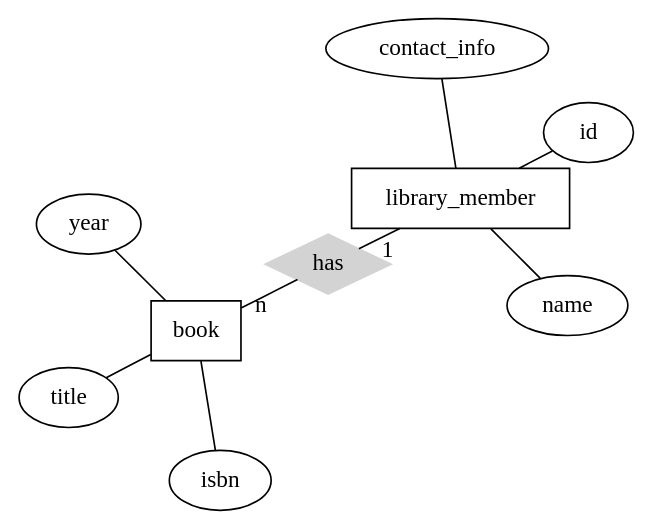
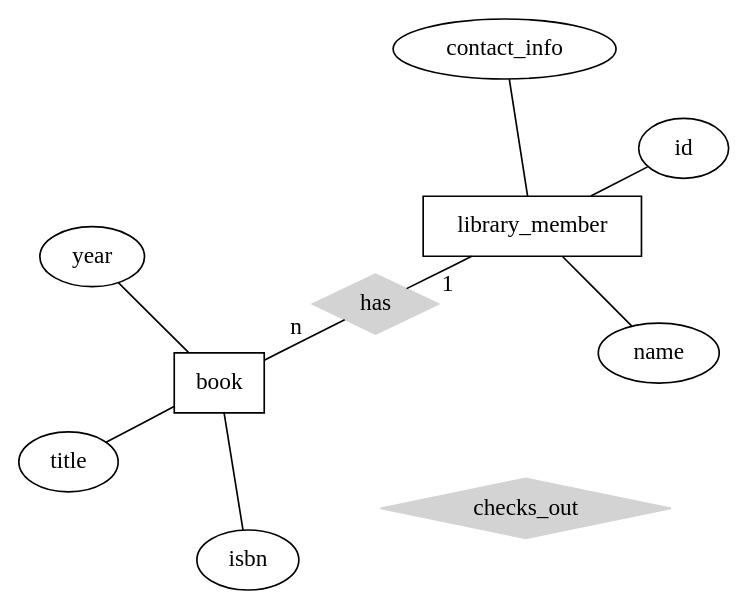
One commit to cmsc-vcu/cmsc508-fa2023-hw2-camslam13 changed the first of 2 diagrams in hw2/README.qmd. Above: the diagram before and after it, drawn with Graphviz. The commit also changed 1 other file, not shown here.

Commit message:
my first commit to this repo

````diff
--- a/hw2/README.qmd
+++ b/hw2/README.qmd
@@ -21,20 +21,20 @@
 ```{dot}
 //| echo: false
 graph ER {
     layout=neato;
-  scale=1.1;
+  scale=1.3;
     node [shape=box]; book; library_member;
     node [shape=ellipse]; name, contact_info, id, year, title, isbn
-    node [shape=diamond,style=filled,color=lightgrey]; has
+    node [shape=diamond,style=filled,color=lightgrey]; checks_out
     
     library_member -- has [label="1",len=1.00]
     has -- book [label="n",len=1.00]
     
     library_member -- id
     library_member -- name
     library_member -- contact_info
     book -- year
     book -- title
     book -- isbn
 }
 ```
````
